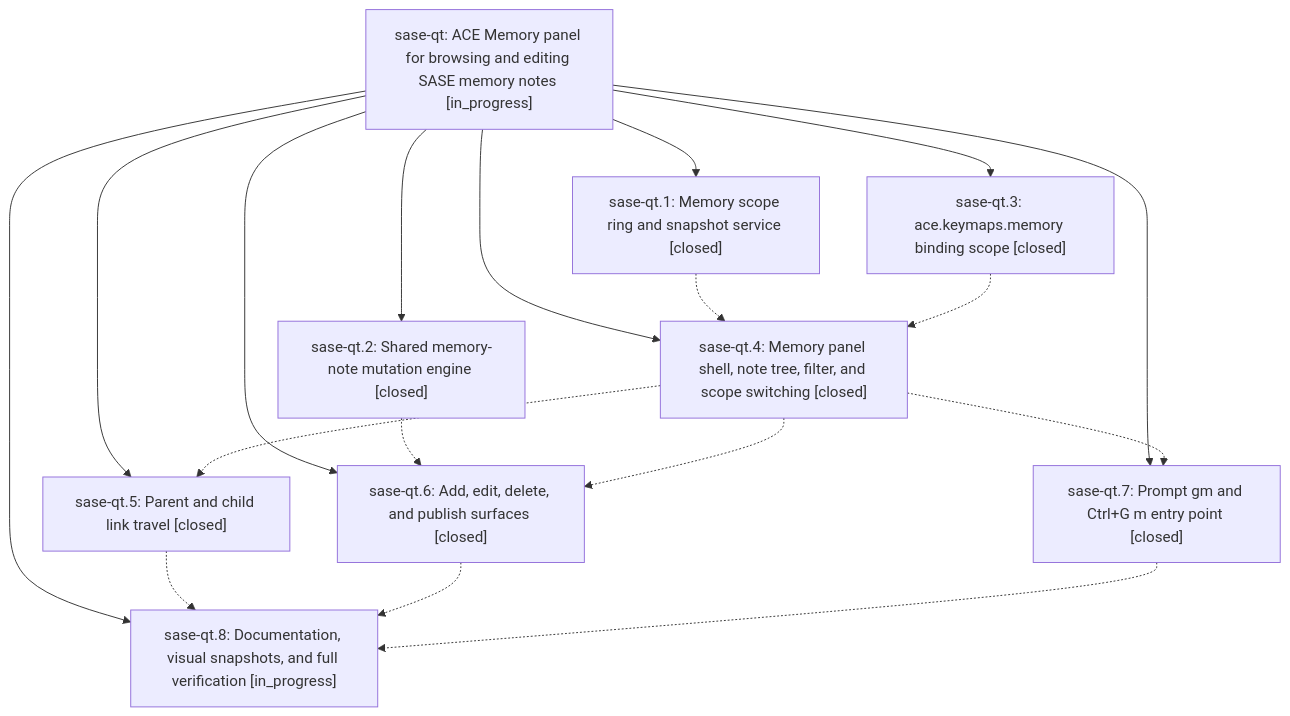
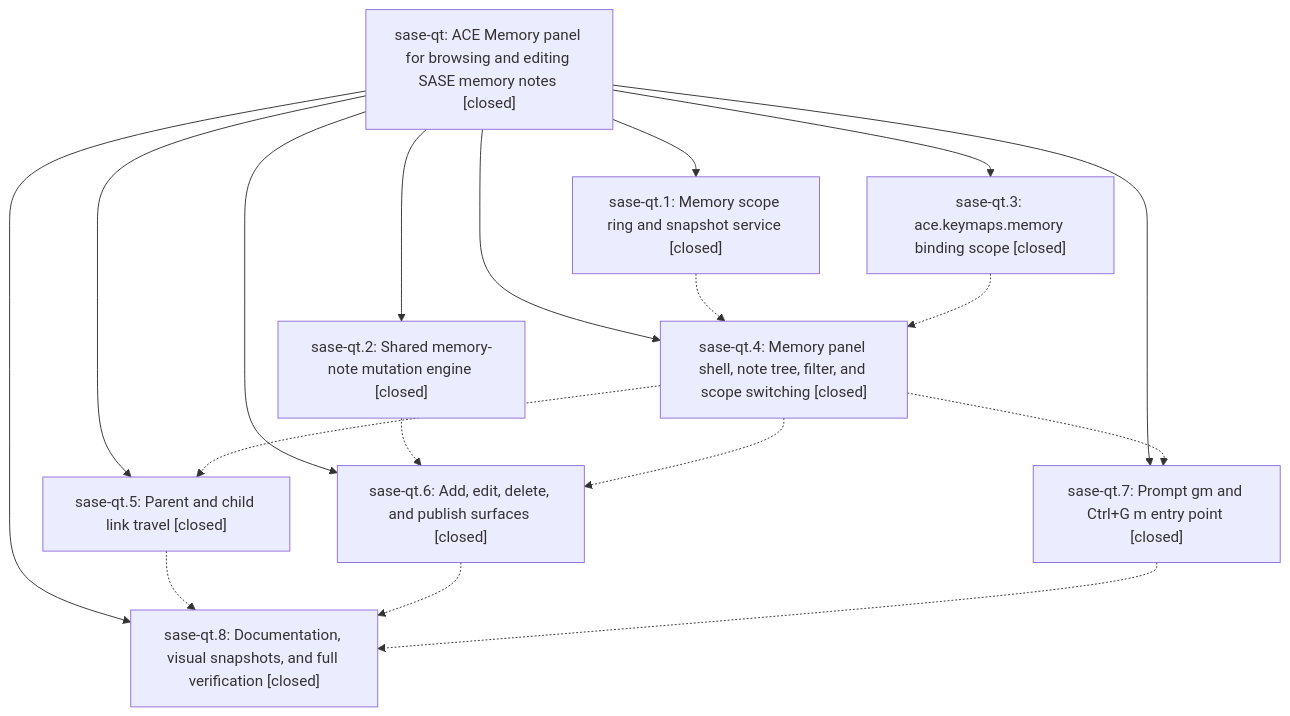
The diagram in pages/sase-qt/README.md (sase-org/sase--beads), drawn with Mermaid before and after one commit. The commit also changed other lines of this file and 4 other files, not shown here.

````diff
--- a/pages/sase-qt/README.md
+++ b/pages/sase-qt/README.md
@@ -29,29 +58,29 @@
 ```mermaid
 flowchart TD
-    n0["sase-qt: ACE Memory panel for browsing and editing SASE memory notes [in_progress]"]
+    n0["sase-qt: ACE Memory panel for browsing and editing SASE memory notes [closed]"]
     n1["sase-qt.1: Memory scope ring and snapshot service [closed]"]
     n2["sase-qt.2: Shared memory-note mutation engine [closed]"]
     n3["sase-qt.3: ace.keymaps.memory binding scope [closed]"]
     n4["sase-qt.4: Memory panel shell, note tree, filter, and scope switching [closed]"]
     n5["sase-qt.5: Parent and child link travel [closed]"]
     n6["sase-qt.6: Add, edit, delete, and publish surfaces [closed]"]
     n7["sase-qt.7: Prompt gm and Ctrl+G m entry point [closed]"]
-    n8["sase-qt.8: Documentation, visual snapshots, and full verification [in_progress]"]
+    n8["sase-qt.8: Documentation, visual snapshots, and full verification [closed]"]
     n0 --> n1
     n0 --> n2
     n0 --> n3
     n0 --> n4
     n0 --> n5
     n0 --> n6
     n0 --> n7
     n0 --> n8
     n1 -.-> n4
     n2 -.-> n6
     n3 -.-> n4
     n4 -.-> n5
     n4 -.-> n6
     n4 -.-> n7
     n5 -.-> n8
     n6 -.-> n8
     n7 -.-> n8
 ```
````
